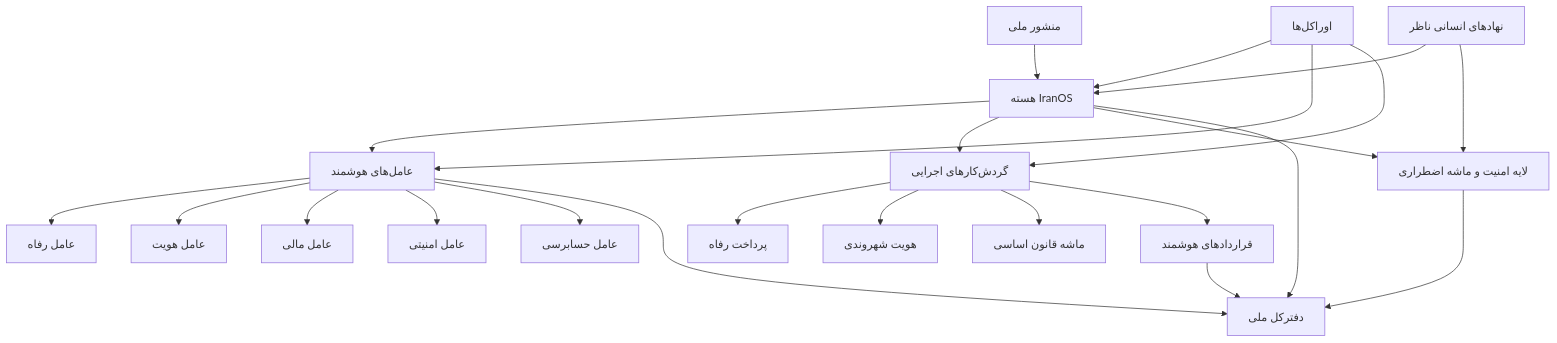
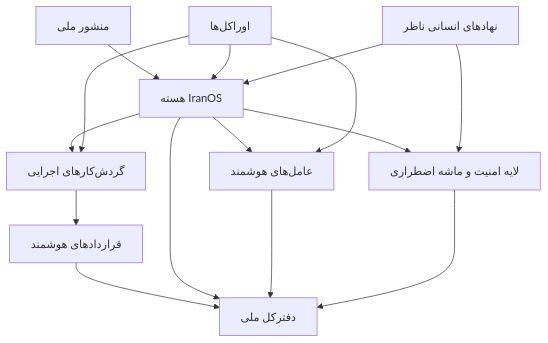
One commit to fafa33/Iran-OS changed the diagram in architecture/SYSTEM_TOPOLOGY.md. Above: the diagram before and after it, drawn with Mermaid. The commit also changed other lines of this file, not shown here.

````diff
--- a/architecture/SYSTEM_TOPOLOGY.md
+++ b/architecture/SYSTEM_TOPOLOGY.md
@@ -30,32 +30,42 @@
 ```mermaid
 flowchart TD
-    A[منشور ملی] --> B[هسته IranOS]
+    A["منشور ملی"]
+    B["هسته IranOS"]
+    C["عامل‌های هوشمند"]
+    D["گردش‌کارهای اجرایی"]
+    E["لایه امنیت و ماشه اضطراری"]
+    F["اوراکل‌ها"]
+    G["قراردادهای هوشمند"]
+    H["دفترکل ملی"]
+    I["نهادهای انسانی ناظر"]
 
-    B --> C[عامل‌های هوشمند]
-    B --> D[گردش‌کارهای اجرایی]
-    B --> E[لایه امنیت و ماشه اضطراری]
+    A --> B
 
-    C --> F[عامل رفاه]
-    C --> G[عامل هویت]
-    C --> H[عامل مالی]
-    C --> I[عامل امنیتی]
-    C --> J[عامل حسابرسی]
+    B --> C
+    B --> D
+    B --> E
 
-    D --> K[پرداخت رفاه]
-    D --> L[هویت شهروندی]
-    D --> M[ماشه قانون اساسی]
+    F --> B
+    F --> C
+    F --> D
 
-    N[اوراکل‌ها] --> B
-    N --> C
-    N --> D
+    D --> G
+    G --> H
 
-    D --> O[قراردادهای هوشمند]
-    O --> P[دفترکل ملی]
+    B --> H
+    C --> H
+    E --> H
 
-    B --> P
-    C --> P
-    E --> P
+    I --> B
+    I --> E
 
-    Q[نهادهای انسانی ناظر] --> B
-    Q --> E
+    click A "../constitution/README.md"
+    click B "../architecture/KERNEL_SPECIFICATION.md"
+    click C "../CLAUDE.md"
+    click D "../workflows"
+    click E "../architecture/SECURITY_MODEL.md"
+    click F "../architecture/ORACLE_LAYER_SPECIFICATION.md"
+    click G "../protocols"
+    click H "../architecture/LEDGER_SPECIFICATION.md"
+    click I "../protocols/citizen-identity-fa.md"
 ```
````
